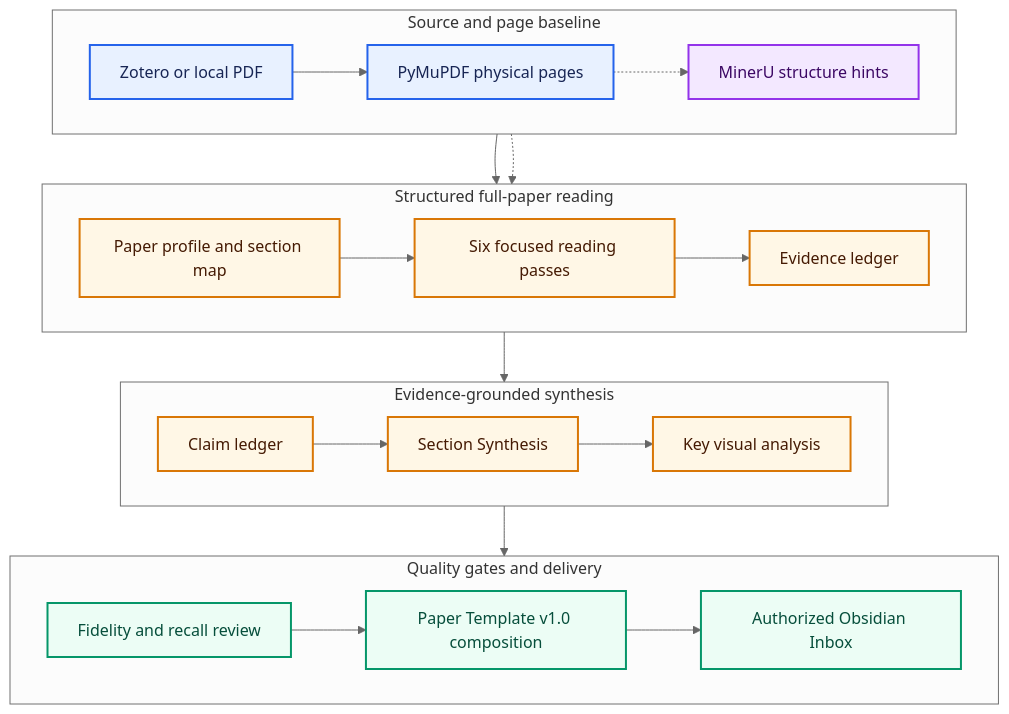
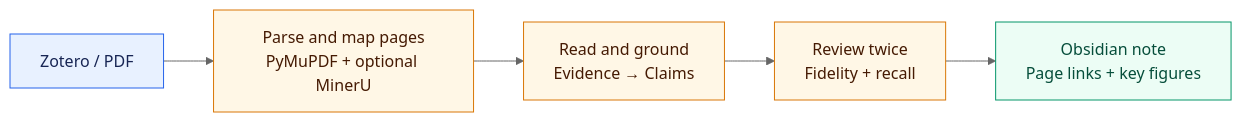
One commit to xieyf1024/Litanchor-paper-reading changed the diagram in README_EN.md. Above: the diagram before and after it, drawn with Mermaid (neutral theme). The commit also changed other lines of this file and 3 other files, not shown here.

````diff
--- a/README_EN.md
+++ b/README_EN.md
@@ -53,37 +63,14 @@
 ```mermaid
-flowchart TB
-    subgraph grounding["Source and page baseline"]
-        direction LR
-        source["Zotero or local PDF"] --> pages["PyMuPDF physical pages"]
-        pages -.-> mineru["MinerU structure hints"]
-    end
+flowchart LR
+    source["Zotero / PDF"] --> parse["Parse and map pages<br/>PyMuPDF + optional MinerU"]
+    parse --> ground["Read and ground<br/>Evidence → Claims"]
+    ground --> review["Review twice<br/>Fidelity + recall"]
+    review --> note["Obsidian note<br/>Page links + key figures"]
 
-    subgraph reading["Structured full-paper reading"]
-        direction LR
-        profile["Paper profile and section map"] --> passes["Six focused reading passes"] --> evidence["Evidence ledger"]
-    end
-
-    subgraph synthesis["Evidence-grounded synthesis"]
-        direction LR
-        claims["Claim ledger"] --> sections["Section Synthesis"] --> visuals["Key visual analysis"]
-    end
-
-    subgraph delivery["Quality gates and delivery"]
-        direction LR
-        review["Fidelity and recall review"] --> compose["Paper Template v1.0 composition"] --> obsidian["Authorized Obsidian Inbox"]
-    end
-
-    pages --> profile
-    mineru -.-> profile
-    evidence --> claims
-    visuals --> review
-
-    classDef sourceLayer fill:#E8F1FF,stroke:#2563EB,stroke-width:2px,color:#172554
-    classDef assistLayer fill:#F3E8FF,stroke:#9333EA,stroke-width:2px,color:#3B0764
-    classDef knowledgeLayer fill:#FFF7E6,stroke:#D97706,stroke-width:2px,color:#451A03
-    classDef qualityLayer fill:#ECFDF5,stroke:#059669,stroke-width:2px,color:#064E3B
-    class source,pages sourceLayer
-    class mineru assistLayer
-    class profile,passes,evidence,claims,sections,visuals knowledgeLayer
-    class review,compose,obsidian qualityLayer
+    classDef sourceNode fill:#E8F1FF,stroke:#2563EB,color:#172554
+    classDef processNode fill:#FFF7E6,stroke:#D97706,color:#451A03
+    classDef outputNode fill:#ECFDF5,stroke:#059669,color:#064E3B
+    class source sourceNode
+    class parse,ground,review processNode
+    class note outputNode
 ```
````
